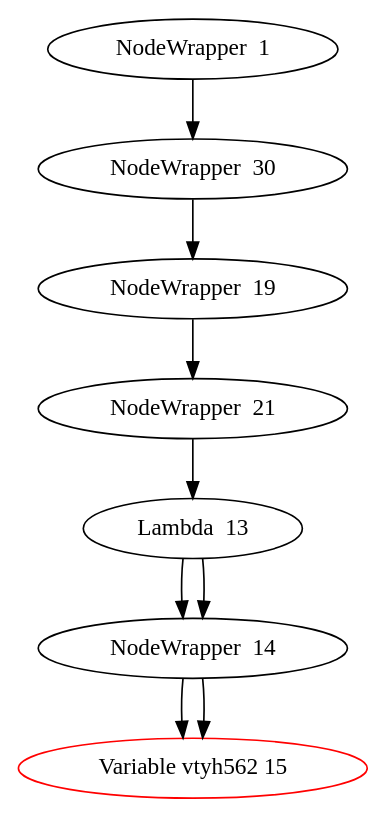
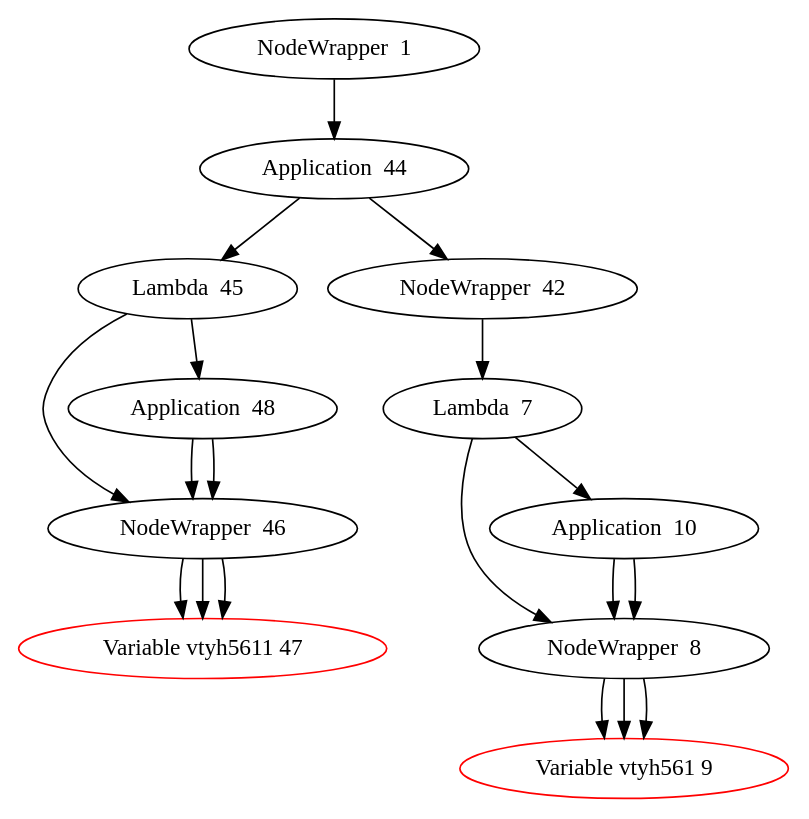
The diagram in Lambda.dot (niki999922/Matlog), drawn with Graphviz before and after one commit. The commit also changed 14 other files, not shown here.

```diff
--- a/Lambda.dot
+++ b/Lambda.dot
@@ -1,20 +1,40 @@
 digraph Lambda {
 443308702 [label="NodeWrapper  1"];
-443308702 -> {553264065};
-553264065 [label="NodeWrapper  30"];
-553264065 -> {1586270964};
-1586270964 [label="NodeWrapper  19"];
-1586270964 -> {693632176};
-693632176 [label="NodeWrapper  21"];
-693632176 -> {1349277854};
-1349277854 [label="Lambda  13"];
-1349277854 -> {2040495657};
-1349277854 -> {2040495657};
-2040495657 [label="NodeWrapper  14"];
-2040495657 -> {1267032364};
-1267032364 [label="Variable vtyh562 15", color=red];
-2040495657 [label="NodeWrapper  14"];
-2040495657 -> {1267032364};
-1267032364 [label="Variable vtyh562 15", color=red];
+443308702 -> {1642534850};
+1642534850 [label="Application  44"];
+1642534850 -> {1305193908};
+1642534850 -> {721748895};
+1305193908 [label="Lambda  45"];
+1305193908 -> {1313953385};
+1305193908 -> {399573350};
+1313953385 [label="NodeWrapper  46"];
+1313953385 -> {463345942};
+463345942 [label="Variable vtyh5611 47", color=red];
+399573350 [label="Application  48"];
+399573350 -> {1313953385};
+399573350 -> {1313953385};
+1313953385 [label="NodeWrapper  46"];
+1313953385 -> {463345942};
+463345942 [label="Variable vtyh5611 47", color=red];
+1313953385 [label="NodeWrapper  46"];
+1313953385 -> {463345942};
+463345942 [label="Variable vtyh5611 47", color=red];
+721748895 [label="NodeWrapper  42"];
+721748895 -> {1190654826};
+1190654826 [label="Lambda  7"];
+1190654826 -> {636718812};
+1190654826 -> {445051633};
+636718812 [label="NodeWrapper  8"];
+636718812 -> {1051754451};
+1051754451 [label="Variable vtyh561 9", color=red];
+445051633 [label="Application  10"];
+445051633 -> {636718812};
+445051633 -> {636718812};
+636718812 [label="NodeWrapper  8"];
+636718812 -> {1051754451};
+1051754451 [label="Variable vtyh561 9", color=red];
+636718812 [label="NodeWrapper  8"];
+636718812 -> {1051754451};
+1051754451 [label="Variable vtyh561 9", color=red];
 
 }
```
